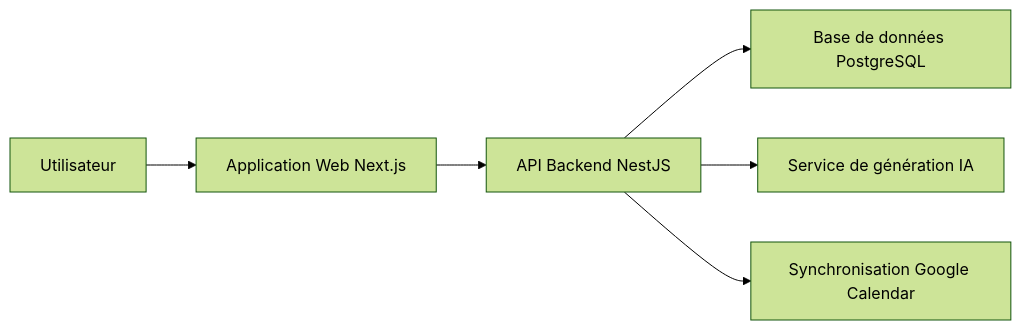
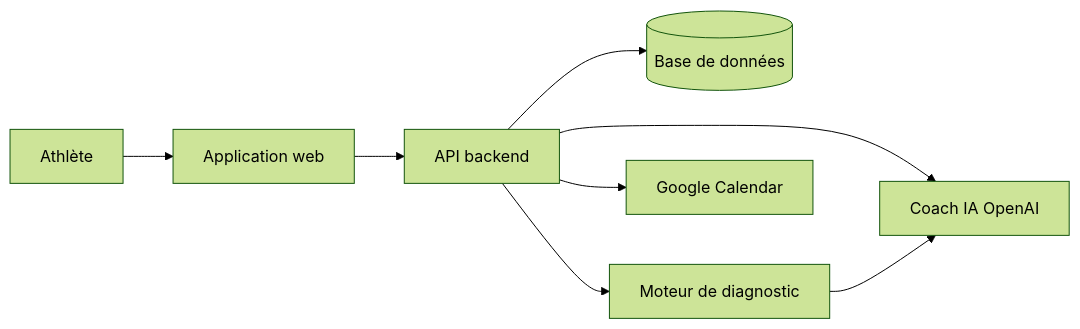
Before and after one commit to Dawie33/training-camp: the first of 2 diagrams in README.md, drawn with Mermaid (forest theme). The commit also changed other lines of this file and 8 other files, not shown here.

````diff
--- a/README.md
+++ b/README.md
@@ -55,8 +61,10 @@
 ```mermaid
 graph LR
-    A[Utilisateur] --> B[Application Web Next.js]
-    B --> C[API Backend NestJS]
-    C --> D[Base de données PostgreSQL]
-    C --> E[Service de génération IA]
-    C --> F[Synchronisation Google Calendar]
+    A[Athlète] --> B[Application web]
+    B --> C[API backend]
+    C --> D[(Base de données)]
+    C --> E[Moteur de diagnostic]
+    C --> F[Coach IA OpenAI]
+    C --> G[Google Calendar]
+    E --> F
 ```
````
